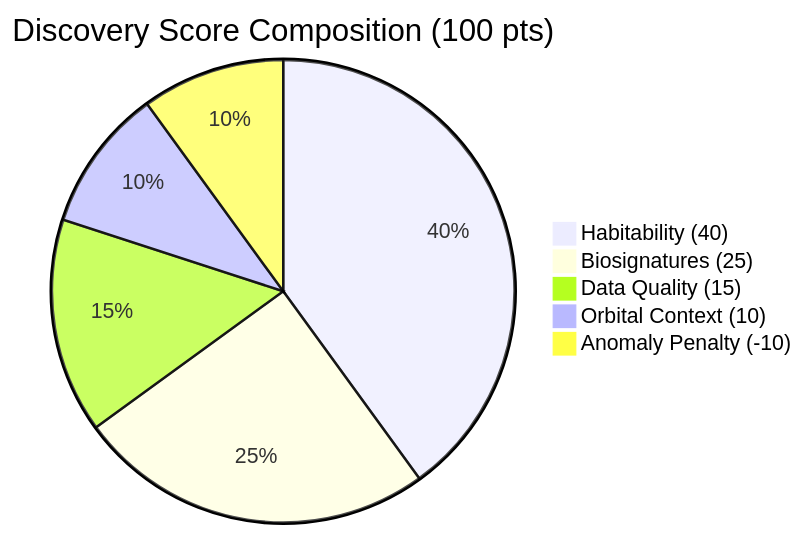
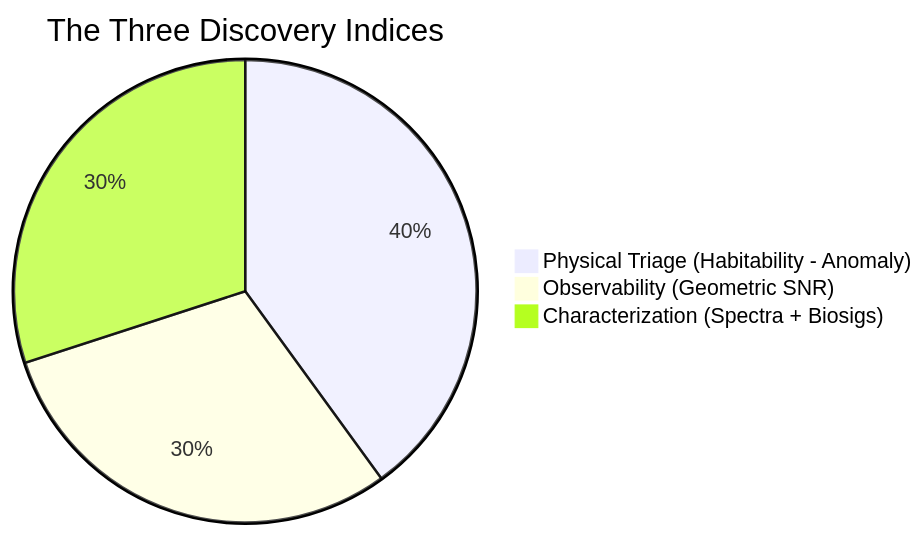
One commit to yoohooshantanu/Exo changed the third of 4 diagrams in README.md. Above: the diagram before and after it, drawn with Mermaid. The commit also changed other lines of this file and 88 other files, not shown here.

Commit message:
feat: de-circularize discovery indices, validate against JWST Cycles 1-3, ingest latest NASA data (6467 planets), and enhance cosmic UI

````diff
--- a/README.md
+++ b/README.md
@@ -262,8 +264,6 @@
 ```mermaid
-pie title Discovery Score Composition (100 pts)
-    "Habitability (40)" : 40
-    "Biosignatures (25)" : 25
-    "Data Quality (15)" : 15
-    "Orbital Context (10)" : 10
-    "Anomaly Penalty (-10)" : 10
+pie title The Three Discovery Indices
+    "Physical Triage (Habitability - Anomaly)" : 40
+    "Observability (Geometric SNR)" : 30
+    "Characterization (Spectra + Biosigs)" : 30
 ```
````
